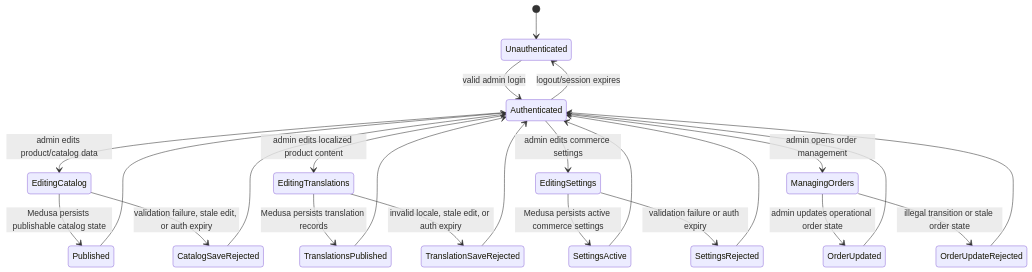
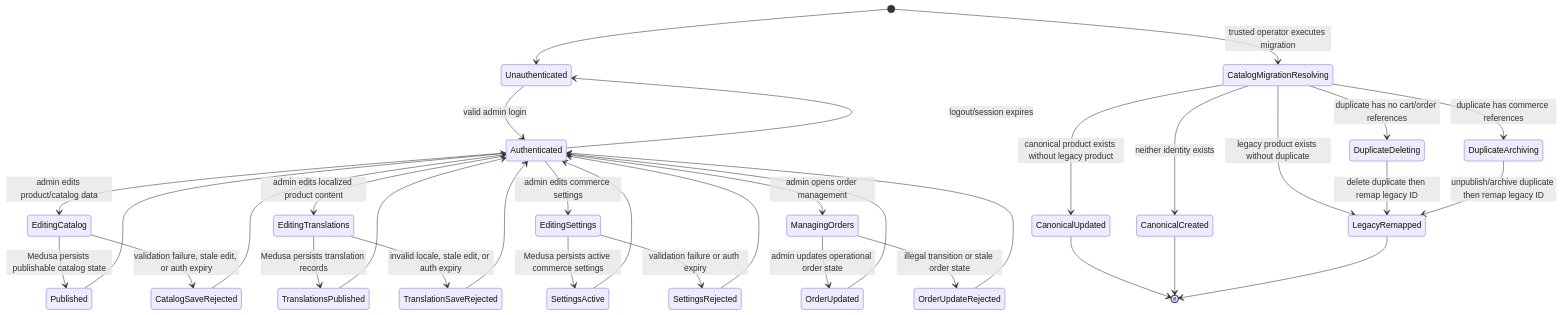
One commit to AtoshaKartosha/sunluk changed the second of 3 diagrams in flows/features/admin-operations.md. Above: the diagram before and after it, drawn with Mermaid. The commit also changed other lines of this file and 10 other files, not shown here.

Commit message:
feat(catalog): update launch collection product cards

````diff
--- a/flows/features/admin-operations.md
+++ b/flows/features/admin-operations.md
@@ -71,26 +88,37 @@
 ```mermaid
 stateDiagram-v2
   [*] --> Unauthenticated
   Unauthenticated --> Authenticated: valid admin login
   Authenticated --> EditingCatalog: admin edits product/catalog data
   Authenticated --> EditingTranslations: admin edits localized product content
   Authenticated --> EditingSettings: admin edits commerce settings
   Authenticated --> ManagingOrders: admin opens order management
   EditingCatalog --> Published: Medusa persists publishable catalog state
   EditingCatalog --> CatalogSaveRejected: validation failure, stale edit, or auth expiry
   EditingTranslations --> TranslationsPublished: Medusa persists translation records
   EditingTranslations --> TranslationSaveRejected: invalid locale, stale edit, or auth expiry
   EditingSettings --> SettingsActive: Medusa persists active commerce settings
   EditingSettings --> SettingsRejected: validation failure or auth expiry
   ManagingOrders --> OrderUpdated: admin updates operational order state
   ManagingOrders --> OrderUpdateRejected: illegal transition or stale order state
   Published --> Authenticated
   TranslationsPublished --> Authenticated
   SettingsActive --> Authenticated
   OrderUpdated --> Authenticated
   CatalogSaveRejected --> Authenticated
   TranslationSaveRejected --> Authenticated
   SettingsRejected --> Authenticated
   OrderUpdateRejected --> Authenticated
   Authenticated --> Unauthenticated: logout/session expires
+  [*] --> CatalogMigrationResolving: trusted operator executes migration
+  CatalogMigrationResolving --> CanonicalUpdated: canonical product exists without legacy product
+  CatalogMigrationResolving --> LegacyRemapped: legacy product exists without duplicate
+  CatalogMigrationResolving --> DuplicateDeleting: duplicate has no cart/order references
+  CatalogMigrationResolving --> DuplicateArchiving: duplicate has commerce references
+  CatalogMigrationResolving --> CanonicalCreated: neither identity exists
+  DuplicateDeleting --> LegacyRemapped: delete duplicate then remap legacy ID
+  DuplicateArchiving --> LegacyRemapped: unpublish/archive duplicate then remap legacy ID
+  CanonicalUpdated --> [*]
+  CanonicalCreated --> [*]
+  LegacyRemapped --> [*]
 ```
````
